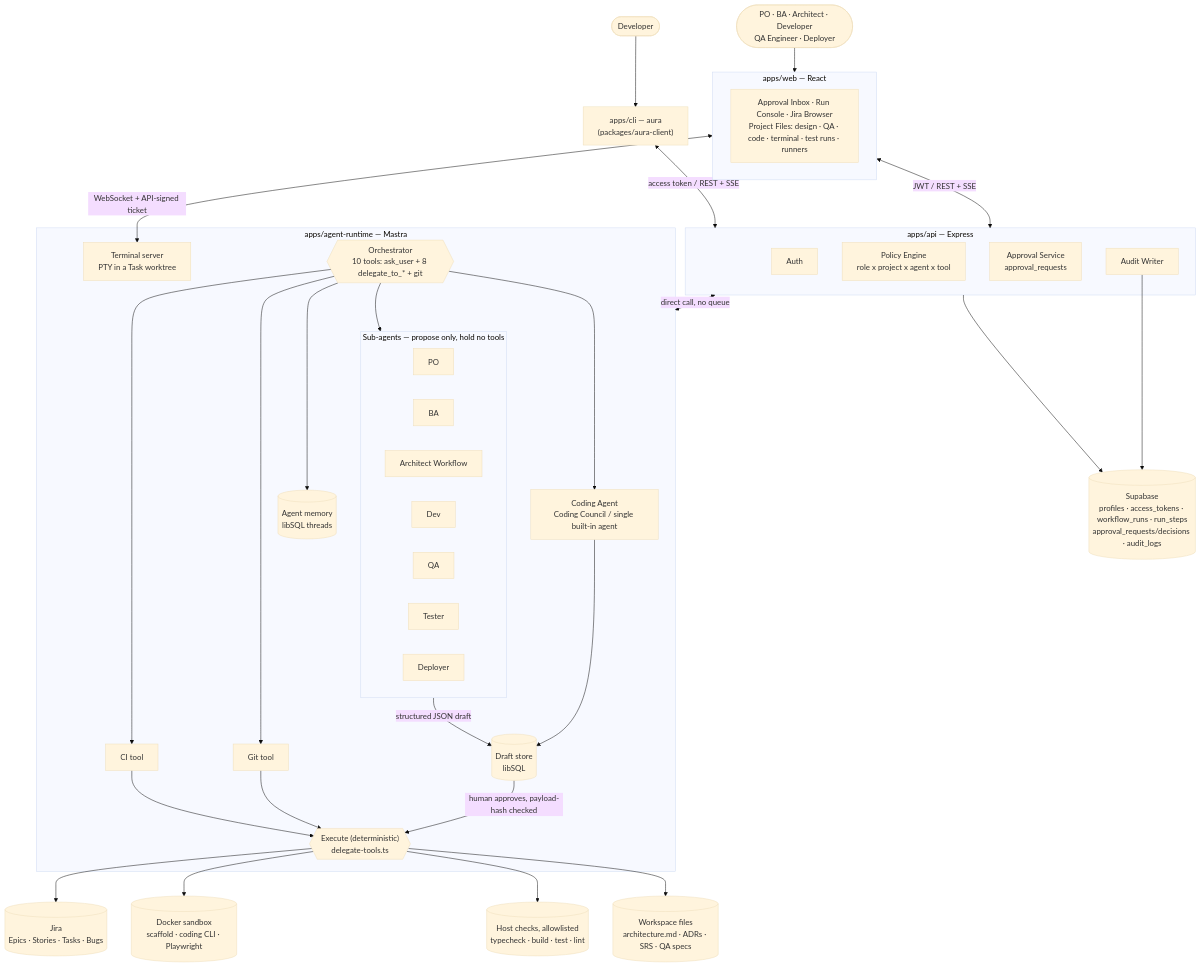
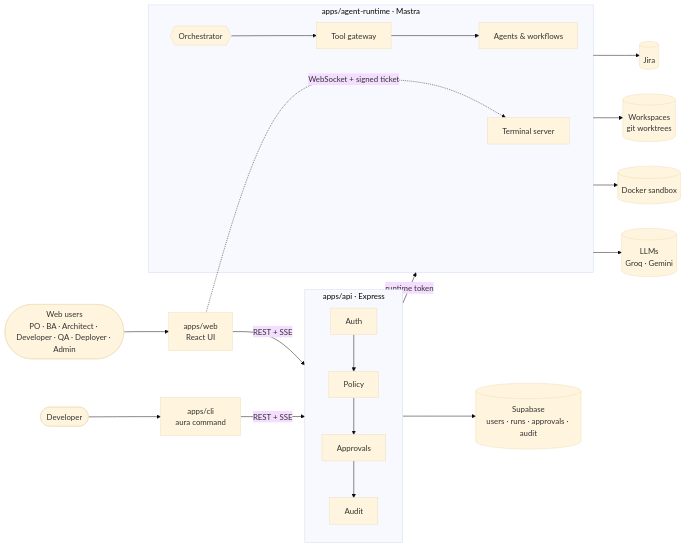
The first of 9 diagrams in docs/ARCHITECTURE.md (HasithaErandika/aura), drawn with Mermaid (base theme) before and after one commit. The commit also changed other lines of this file and 19 other files, not shown here.

````diff
--- a/docs/ARCHITECTURE.md
+++ b/docs/ARCHITECTURE.md
@@ -76,66 +29,27 @@
 ```mermaid
-flowchart TD
-    ROLES(["PO · BA · Architect · Developer<br/>QA Engineer · Deployer"]) --> WEB
-    DEVS(["Developer"]) --> CLI
+flowchart LR
+    USERS(["Web users<br/>PO · BA · Architect · Developer · QA · Deployer · Admin"]) --> WEB["apps/web<br/>React UI"]
+    DEV(["Developer"]) --> CLI["apps/cli<br/>aura command"]
 
-    subgraph WEB["apps/web — React"]
-        UI["Approval Inbox · Run Console · Jira Browser<br/>Project Files: design · QA · code · terminal · test runs · runners"]
+    WEB -->|"REST + SSE"| API
+    CLI -->|"REST + SSE"| API
+    WEB -.->|"WebSocket + signed ticket"| TERM
+
+    subgraph API["apps/api · Express"]
+        AUTH["Auth"] --> POL["Policy"] --> APR["Approvals"] --> AUD["Audit"]
     end
 
-    CLI["apps/cli — aura<br/>(packages/aura-client)"]
+    API -->|"runtime token"| RT
 
-    WEB <-->|"JWT / REST + SSE"| API
-    CLI <-->|"access token / REST + SSE"| API
-    WEB <-->|"WebSocket + API-signed ticket"| TERM
-
-    subgraph API["apps/api — Express"]
-        AUTH[Auth]
-        POL["Policy Engine<br/>role x project x agent x tool"]
-        APR["Approval Service<br/>approval_requests"]
-        AUD[Audit Writer]
+    subgraph RT["apps/agent-runtime · Mastra"]
+        ORCH{{"Orchestrator"}} --> GW["Tool gateway"]
+        GW --> AGENTS["Agents & workflows"]
+        TERM["Terminal server"]
     end
 
-    API <-->|"direct call, no queue"| RT
-
-    subgraph RT["apps/agent-runtime — Mastra"]
-        ORCH{{"Orchestrator<br/>10 tools: ask_user + 8 delegate_to_* + git"}}
-
-        subgraph AGENTS["Sub-agents — propose only, hold no tools"]
-            PO_A[PO]
-            BA_A[BA]
-            AR_A["Architect Workflow"]
-            DEV_A[Dev]
-            QA_A[QA]
-            TS_A[Tester]
-            DP_A[Deployer]
-        end
-
-        CODE["Coding Agent<br/>Coding Council / single built-in agent"]
-        TERM["Terminal server<br/>PTY in a Task worktree"]
-        GITT["Git tool"]
-        CI["CI tool"]
-        MEM[("Agent memory<br/>libSQL threads")]
-
-        ORCH --> AGENTS
-        ORCH --> CODE
-        ORCH --> GITT
-        ORCH --> CI
-        ORCH --> MEM
-
-        AGENTS -->|"structured JSON draft"| DRAFT[("Draft store<br/>libSQL")]
-        CODE --> DRAFT
-
-        EXEC{{"Execute (deterministic)<br/>delegate-tools.ts"}}
-        DRAFT -->|"human approves, payload-hash checked"| EXEC
-        GITT --> EXEC
-        CI --> EXEC
-    end
-
-    EXEC --> JIRA[("Jira<br/>Epics · Stories · Tasks · Bugs")]
-    EXEC --> DOCKER[("Docker sandbox<br/>scaffold · coding CLI · Playwright")]
-    EXEC --> CHECKS[("Host checks, allowlisted<br/>typecheck · build · test · lint")]
-    EXEC --> FILES[("Workspace files<br/>architecture.md · ADRs · SRS · QA specs")]
-
-    API --> SUPA[("Supabase<br/>profiles · access_tokens · workflow_runs · run_steps<br/>approval_requests/decisions · audit_logs")]
-    AUD --> SUPA
+    API --> SUPA[("Supabase<br/>users · runs · approvals · audit")]
+    RT --> JIRA[("Jira")]
+    RT --> DISK[("Workspaces<br/>git worktrees")]
+    RT --> DOCKER[("Docker sandbox")]
+    RT --> LLM[("LLMs<br/>Groq · Gemini")]
 ```
````
